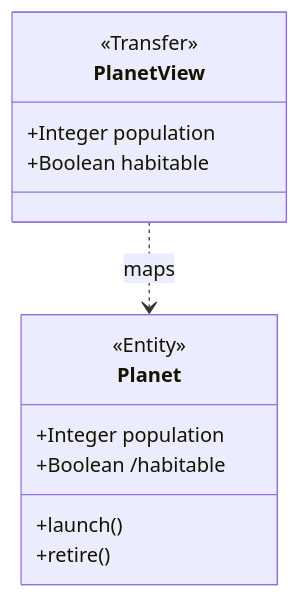
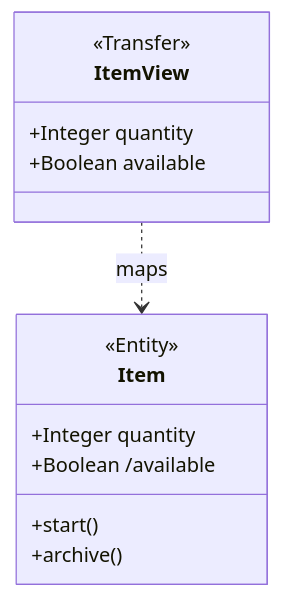
Before and after one commit to BlackBeltTechnology/judo-blueprint: the diagram in catalog/best-practices/model/action-group-conditional-enabling.md, drawn with Mermaid. The commit also changed other lines of this file and 538 other files, not shown here.

````diff
--- a/catalog/best-practices/model/action-group-conditional-enabling.md
+++ b/catalog/best-practices/model/action-group-conditional-enabling.md
@@ -66,16 +66,16 @@
 ```mermaid
 classDiagram
-  class Planet {
+  class Item {
     <<Entity>>
-    +Integer population
-    +Boolean /habitable
-    +launch()
-    +retire()
+    +Integer quantity
+    +Boolean /available
+    +start()
+    +archive()
   }
-  class PlanetView {
+  class ItemView {
     <<Transfer>>
-    +Integer population
-    +Boolean habitable
+    +Integer quantity
+    +Boolean available
   }
-  PlanetView ..> Planet : maps
+  ItemView ..> Item : maps
 ```
````
